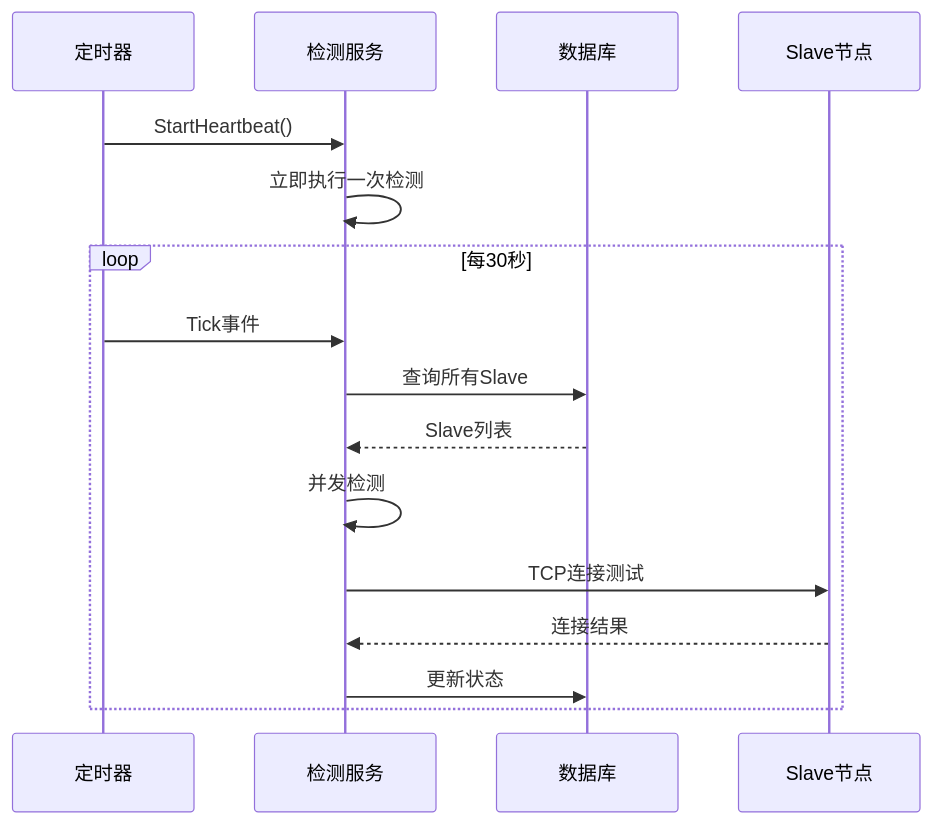
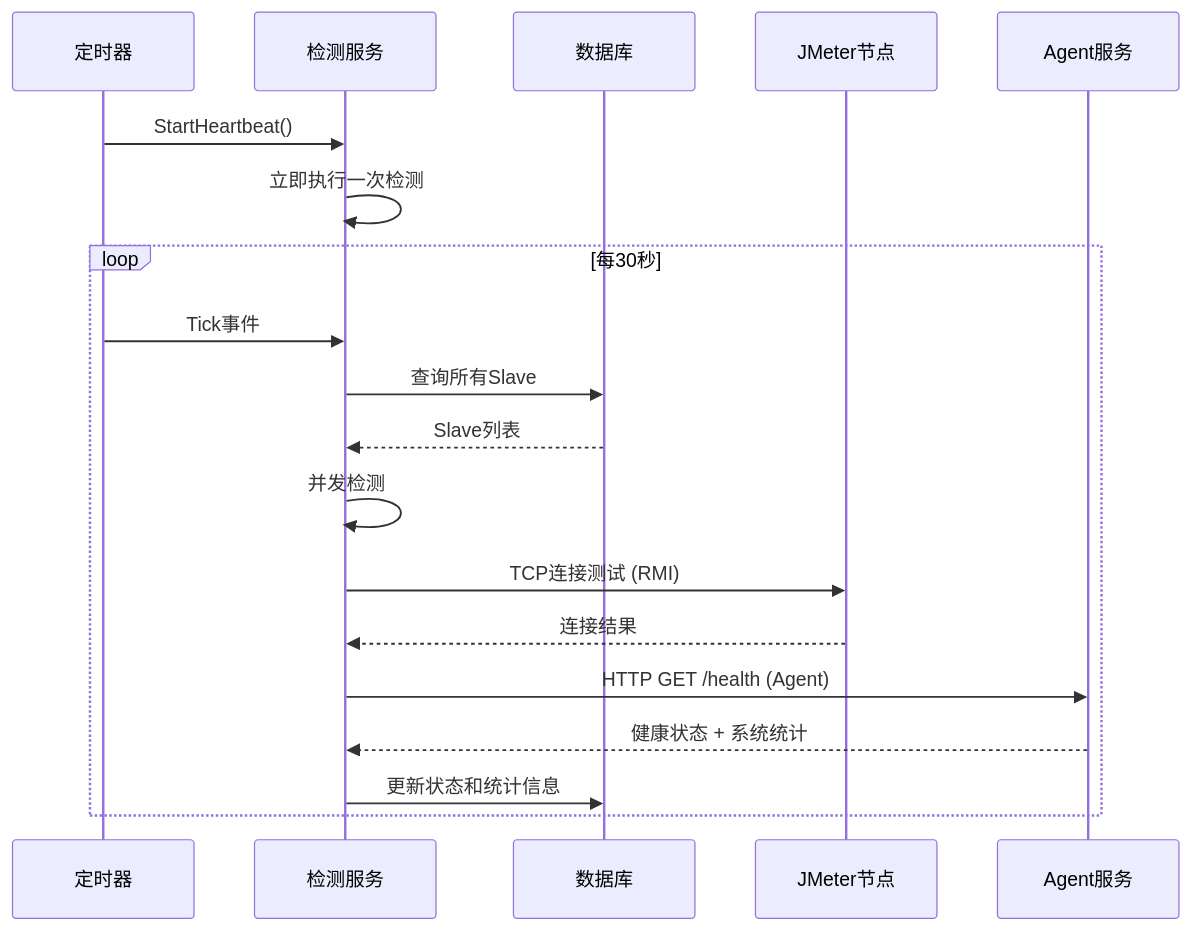
The seventh of 15 diagrams in .qoder/repowiki/zh/content/核心业务模块/Slave节点管理系统/Slave节点管理系统.md (Liyuhao02/Jmeter-Admin), drawn with Mermaid before and after one commit. The commit also changed other lines of this file and 13 other files, not shown here.

````diff
--- a/.qoder/repowiki/zh/content/核心业务模块/Slave节点管理系统/Slave节点管理系统.md
+++ b/.qoder/repowiki/zh/content/核心业务模块/Slave节点管理系统/Slave节点管理系统.md
@@ -278,18 +328,21 @@
 ```mermaid
 sequenceDiagram
 participant Timer as 定时器
 participant Service as 检测服务
 participant DB as 数据库
-participant Slave as Slave节点
+participant JMeter as JMeter节点
+participant Agent as Agent服务
 Timer->>Service : StartHeartbeat()
 Service->>Service : 立即执行一次检测
 loop 每30秒
 Timer->>Service : Tick事件
 Service->>DB : 查询所有Slave
 DB-->>Service : Slave列表
 Service->>Service : 并发检测
-Service->>Slave : TCP连接测试
-Slave-->>Service : 连接结果
-Service->>DB : 更新状态
+Service->>JMeter : TCP连接测试 (RMI)
+JMeter-->>Service : 连接结果
+Service->>Agent : HTTP GET /health (Agent)
+Agent-->>Service : 健康状态 + 系统统计
+Service->>DB : 更新状态和统计信息
 end
 ```
````
